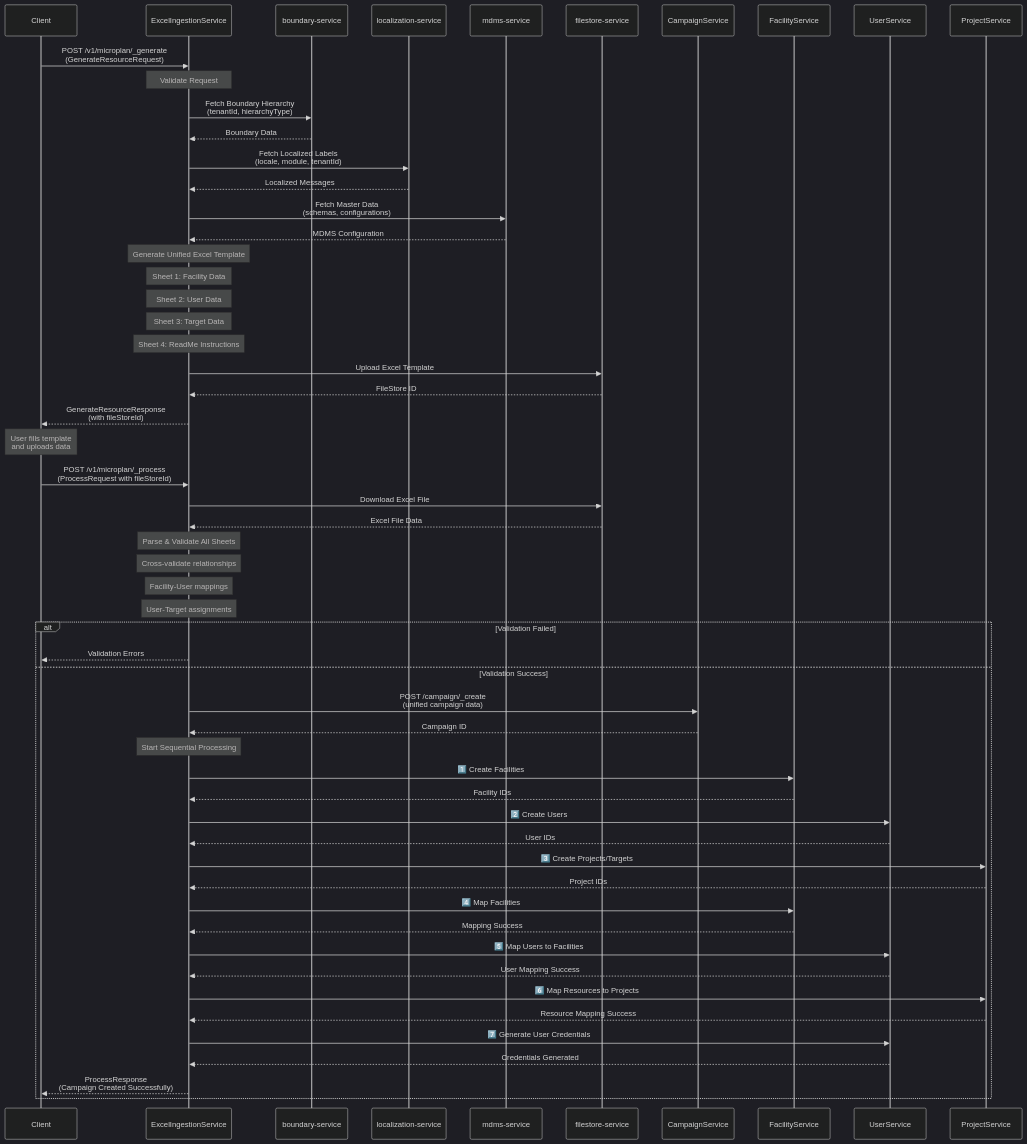
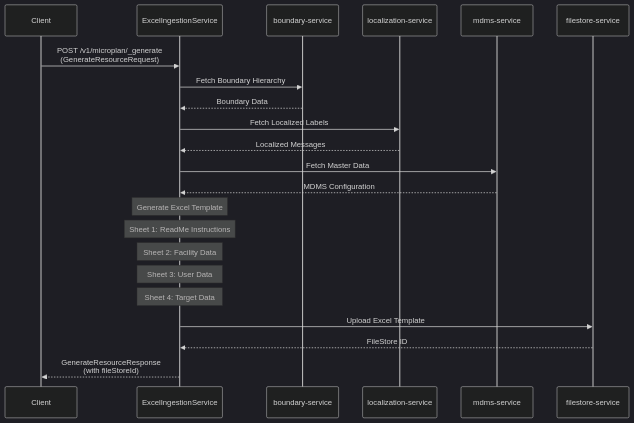
Before and after one commit to ashish-egov/campaign-whole-sheet-ingestion: the first of 3 diagrams in DESIGN.md, drawn with Mermaid (dark theme). The commit also changed other lines of this file, not shown here.

````diff
--- a/DESIGN.md
+++ b/DESIGN.md
@@ -42,81 +5,31 @@
 ```mermaid
 sequenceDiagram
     participant Client
     participant ExcelIngestionService
     participant boundary-service
     participant localization-service
     participant mdms-service
     participant filestore-service
-    participant CampaignService
-    participant FacilityService
-    participant UserService
-    participant ProjectService
     
     Client->>ExcelIngestionService: POST /v1/microplan/_generate<br/>(GenerateResourceRequest)
     
-    Note over ExcelIngestionService: Validate Request
-    
-    ExcelIngestionService->>boundary-service: Fetch Boundary Hierarchy<br/>(tenantId, hierarchyType)
+    ExcelIngestionService->>boundary-service: Fetch Boundary Hierarchy
     boundary-service-->>ExcelIngestionService: Boundary Data
     
-    ExcelIngestionService->>localization-service: Fetch Localized Labels<br/>(locale, module, tenantId)
+    ExcelIngestionService->>localization-service: Fetch Localized Labels
     localization-service-->>ExcelIngestionService: Localized Messages
     
-    ExcelIngestionService->>mdms-service: Fetch Master Data<br/>(schemas, configurations)
+    ExcelIngestionService->>mdms-service: Fetch Master Data
     mdms-service-->>ExcelIngestionService: MDMS Configuration
     
-    Note over ExcelIngestionService: Generate Unified Excel Template
-    Note over ExcelIngestionService: Sheet 1: Facility Data
-    Note over ExcelIngestionService: Sheet 2: User Data  
-    Note over ExcelIngestionService: Sheet 3: Target Data
-    Note over ExcelIngestionService: Sheet 4: ReadMe Instructions
+    Note over ExcelIngestionService: Generate Excel Template
+    Note over ExcelIngestionService: Sheet 1: ReadMe Instructions
+    Note over ExcelIngestionService: Sheet 2: Facility Data
+    Note over ExcelIngestionService: Sheet 3: User Data  
+    Note over ExcelIngestionService: Sheet 4: Target Data
     
     ExcelIngestionService->>filestore-service: Upload Excel Template
     filestore-service-->>ExcelIngestionService: FileStore ID
     
     ExcelIngestionService-->>Client: GenerateResourceResponse<br/>(with fileStoreId)
-    
-    Note over Client: User fills template<br/>and uploads data
-    
-    Client->>ExcelIngestionService: POST /v1/microplan/_process<br/>(ProcessRequest with fileStoreId)
-    
-    ExcelIngestionService->>filestore-service: Download Excel File
-    filestore-service-->>ExcelIngestionService: Excel File Data
-    
-    Note over ExcelIngestionService: Parse & Validate All Sheets
-    Note over ExcelIngestionService: Cross-validate relationships
-    Note over ExcelIngestionService: Facility-User mappings
-    Note over ExcelIngestionService: User-Target assignments
-    
-    alt Validation Failed
-        ExcelIngestionService-->>Client: Validation Errors
-    else Validation Success
-        ExcelIngestionService->>CampaignService: POST /campaign/_create<br/>(unified campaign data)
-        CampaignService-->>ExcelIngestionService: Campaign ID
-        
-        Note over ExcelIngestionService: Start Sequential Processing
-        
-        ExcelIngestionService->>FacilityService: 1️⃣ Create Facilities
-        FacilityService-->>ExcelIngestionService: Facility IDs
-        
-        ExcelIngestionService->>UserService: 2️⃣ Create Users
-        UserService-->>ExcelIngestionService: User IDs
-        
-        ExcelIngestionService->>ProjectService: 3️⃣ Create Projects/Targets
-        ProjectService-->>ExcelIngestionService: Project IDs
-        
-        ExcelIngestionService->>FacilityService: 4️⃣ Map Facilities
-        FacilityService-->>ExcelIngestionService: Mapping Success
-        
-        ExcelIngestionService->>UserService: 5️⃣ Map Users to Facilities
-        UserService-->>ExcelIngestionService: User Mapping Success
-        
-        ExcelIngestionService->>ProjectService: 6️⃣ Map Resources to Projects
-        ProjectService-->>ExcelIngestionService: Resource Mapping Success
-        
-        ExcelIngestionService->>UserService: 7️⃣ Generate User Credentials
-        UserService-->>ExcelIngestionService: Credentials Generated
-        
-        ExcelIngestionService-->>Client: ProcessResponse<br/>(Campaign Created Successfully)
-    end
 ```
````
